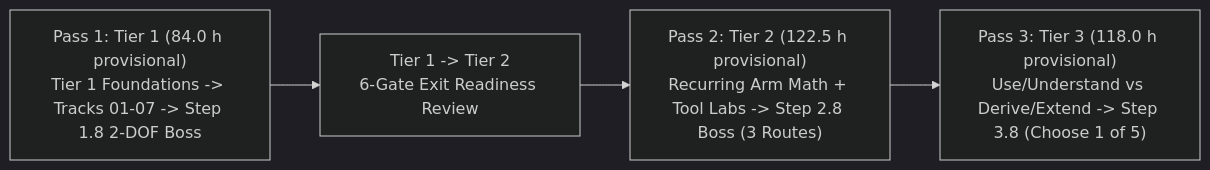
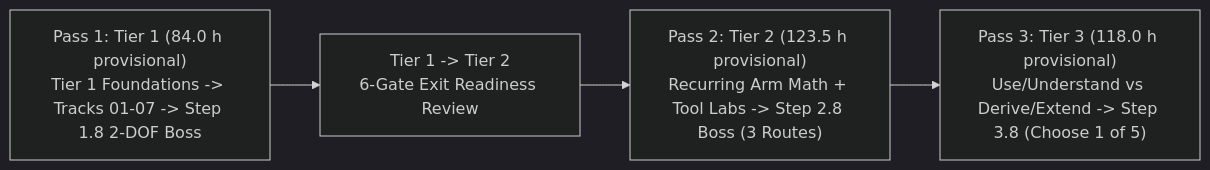
The diagram in docs/SYLLABUS.md (TLE47/Mechatronics-Roadmap), drawn with Mermaid (dark theme) before and after one commit. The commit also changed other lines of this file and 37 other files, not shown here.

````diff
--- a/docs/SYLLABUS.md
+++ b/docs/SYLLABUS.md
@@ -51,6 +51,6 @@
 ```mermaid
 flowchart LR
     T1["Pass 1: Tier 1 (84.0 h provisional)<br/>Tier 1 Foundations -> Tracks 01-07 -> Step 1.8 2-DOF Boss"] --> EXIT["Tier 1 -> Tier 2<br/>6-Gate Exit Readiness Review"]
-    EXIT --> T2["Pass 2: Tier 2 (122.5 h provisional)<br/>Recurring Arm Math + Tool Labs -> Step 2.8 Boss (3 Routes)"]
+    EXIT --> T2["Pass 2: Tier 2 (123.5 h provisional)<br/>Recurring Arm Math + Tool Labs -> Step 2.8 Boss (3 Routes)"]
     T2 --> T3["Pass 3: Tier 3 (118.0 h provisional)<br/>Use/Understand vs Derive/Extend -> Step 3.8 (Choose 1 of 5)"]
 ```
````
